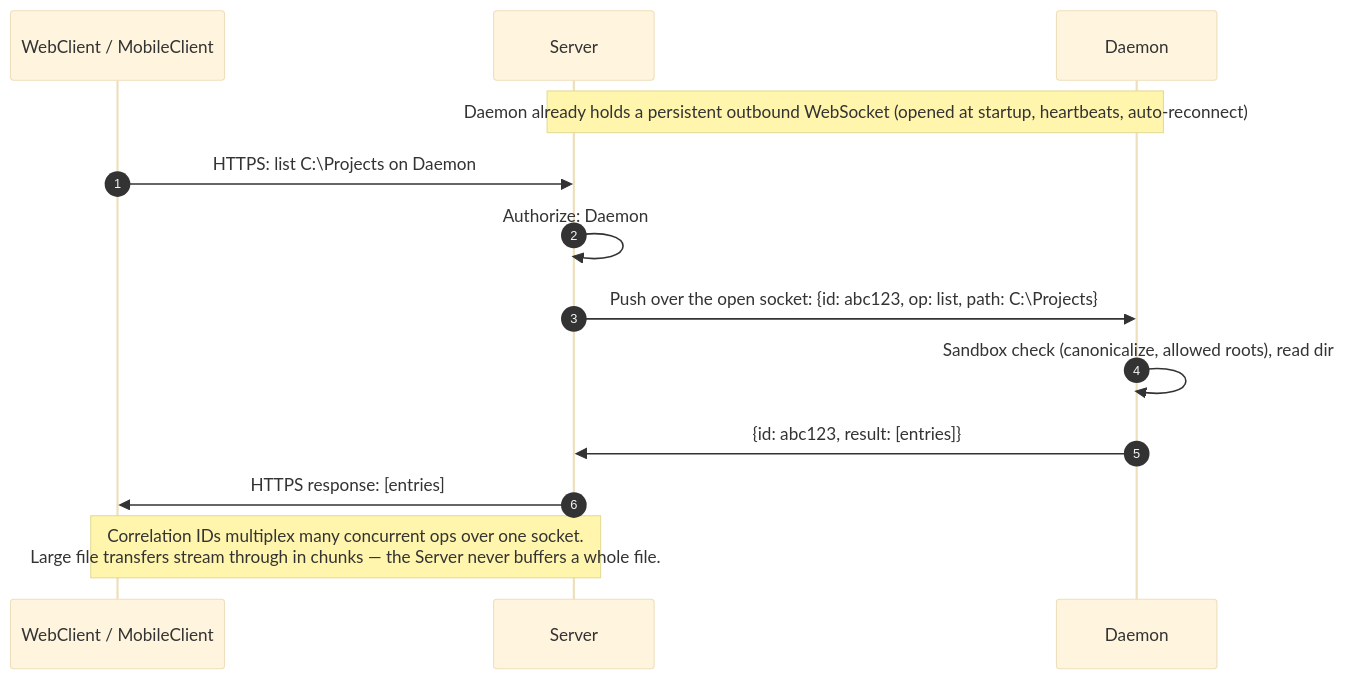
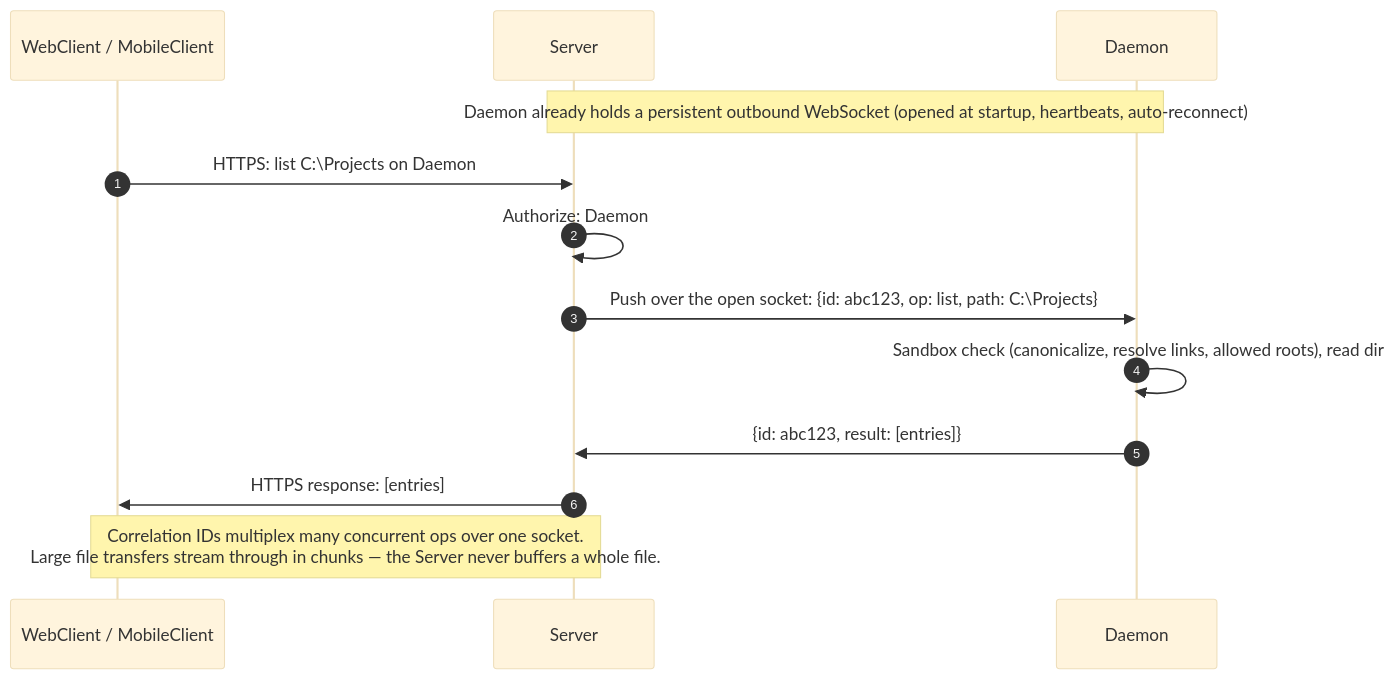
One commit to Anarkin/angstrom-commander changed the second of 5 diagrams in ARCHITECTURE.md. Above: the diagram before and after it, drawn with Mermaid (base theme). The commit also changed other lines of this file and 2 other files, not shown here.

First line of the commit message:
docs: correct the enrollment diagram and stale setup notes

````diff
--- a/ARCHITECTURE.md
+++ b/ARCHITECTURE.md
@@ -259,15 +260,15 @@
 ```mermaid
 sequenceDiagram
   autonumber
   participant C as WebClient / MobileClient
   participant S as Server
   participant A as Daemon #42
   Note over A,S: Daemon already holds a persistent outbound WebSocket (opened at startup, heartbeats, auto-reconnect)
   C->>S: HTTPS: list C:\Projects on Daemon #42 (JWT)
   S->>S: Authorize: Daemon #42 belongs to this user? Socket connected?
   S->>A: Push over the open socket: {id: abc123, op: list, path: C:\Projects}
-  A->>A: Sandbox check (canonicalize, allowed roots), read dir
+  A->>A: Sandbox check (canonicalize, resolve links, allowed roots), read dir
   A->>S: {id: abc123, result: [entries]}
   S->>C: HTTPS response: [entries]
   Note over C,S: Correlation IDs multiplex many concurrent ops over one socket.<br/>Large file transfers stream through in chunks — the Server never buffers a whole file.
 ```
````
